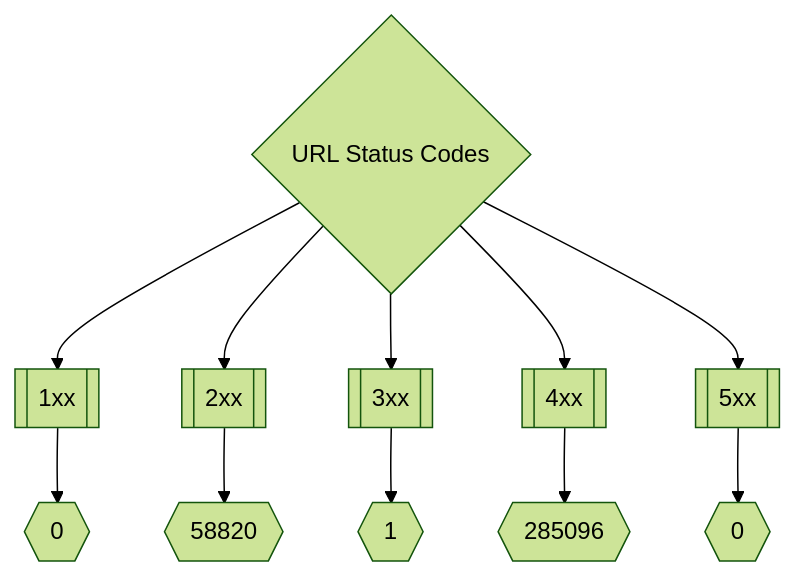
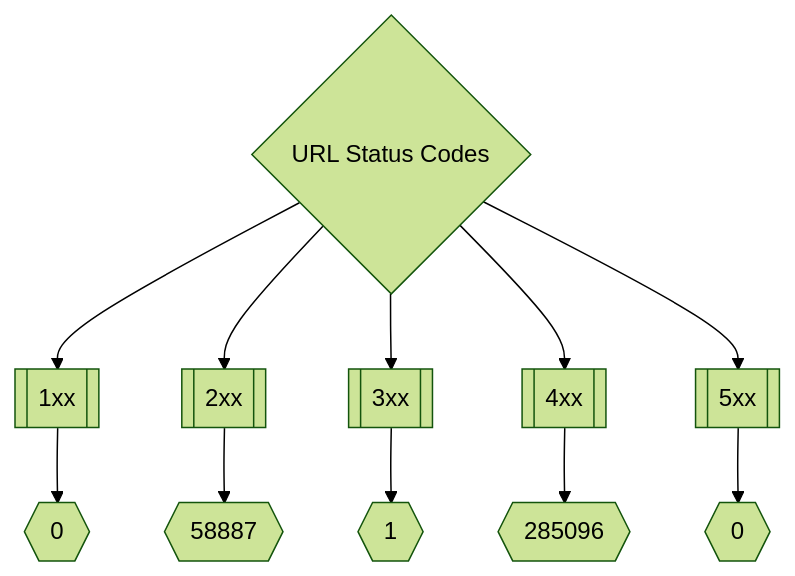
Before and after one commit to trickest/inventory: the second of 3 diagrams in README.md, drawn with Mermaid (forest theme). The commit also changed other lines of this file, not shown here.

````diff
--- a/README.md
+++ b/README.md
@@ -173,8 +173,8 @@
 ```mermaid
 graph TD
 title{URL Status Codes} --> 1xx[[1xx]] --> status1xxNum{{0}}
-title --> 2xx[[2xx]] --> status2xxNum{{58820}}
+title --> 2xx[[2xx]] --> status2xxNum{{58887}}
 title --> 3xx[[3xx]] --> status3xxNum{{1}}
 title --> 4xx[[4xx]] --> status4xxNum{{285096}}
 title --> 5xx[[5xx]] --> status5xxNum{{0}}
 ```
````
